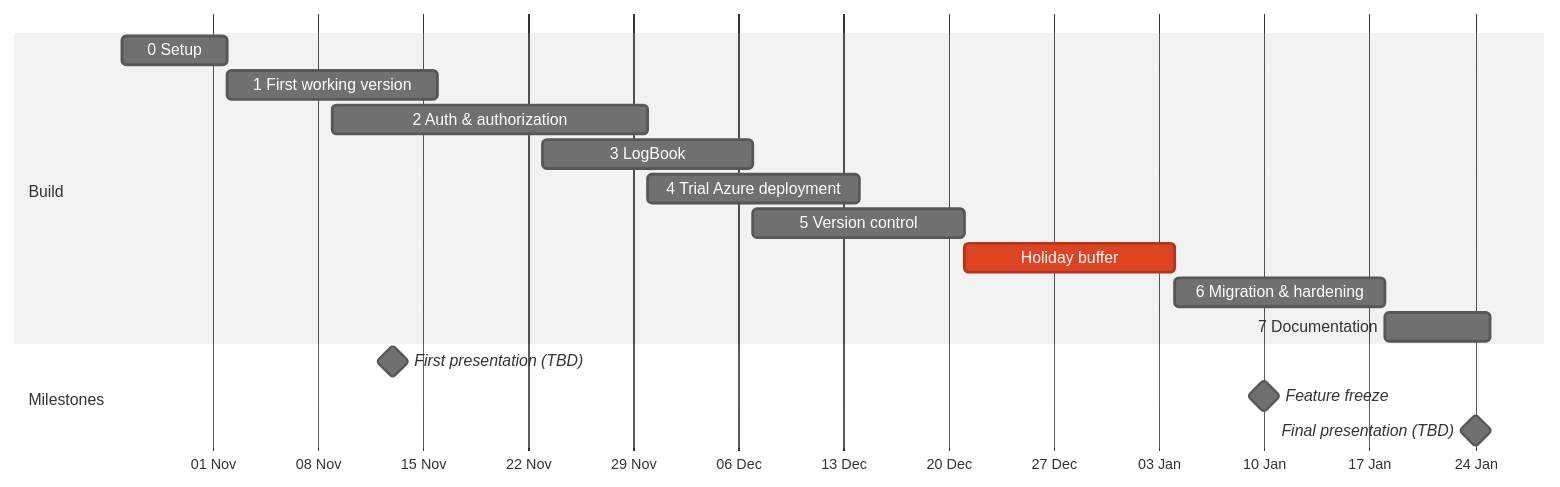
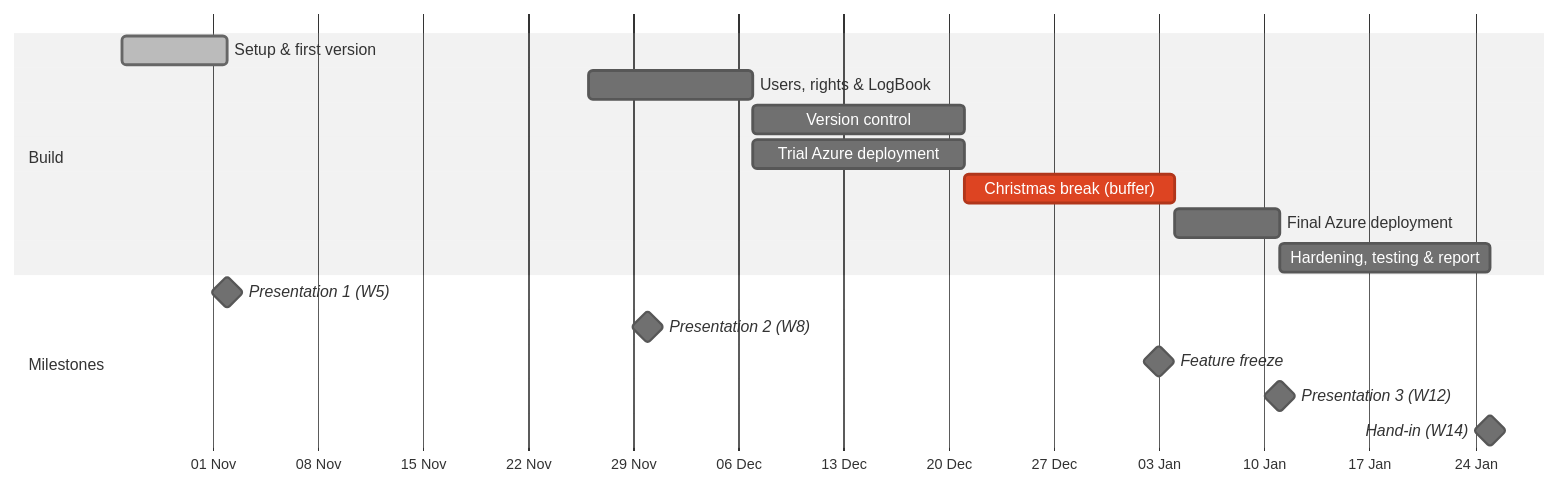
One commit to NicholasAntunes/Cloud-Computing-Systems changed the third of 3 diagrams in docs/PLAN.md. Above: the diagram before and after it, drawn with Mermaid (neutral theme). The commit also changed other lines of this file and 4 other files, not shown here.

````diff
--- a/docs/PLAN.md
+++ b/docs/PLAN.md
@@ -297,19 +308,19 @@
 ```mermaid
 gantt
   dateFormat YYYY-MM-DD
   axisFormat %d %b
   section Build
-  0 Setup                        :p0, 2026-10-26, 7d
-  1 First working version        :p1, 2026-11-02, 14d
-  2 Auth & authorization         :p2, 2026-11-09, 21d
-  3 LogBook                      :p3, 2026-11-23, 14d
-  4 Trial Azure deployment       :p4, 2026-11-30, 14d
-  5 Version control              :p5, 2026-12-07, 14d
-  Holiday buffer                 :crit, 2026-12-21, 14d
-  6 Migration & hardening        :p6, 2027-01-04, 14d
-  7 Documentation                :p7, 2027-01-18, 7d
+  Setup & first version          :done, s1, 2026-10-26, 2026-11-02
+  Users, rights & LogBook        :s2, 2026-11-26, 2026-12-07
+  Version control                :s3, 2026-12-07, 2026-12-21
+  Trial Azure deployment         :s4, 2026-12-07, 2026-12-21
+  Christmas break (buffer)       :crit, s5, 2026-12-21, 2027-01-04
+  Final Azure deployment         :s6, 2027-01-04, 2027-01-11
+  Hardening, testing & report    :s7, 2027-01-11, 2027-01-25
   section Milestones
-  First presentation (TBD)       :milestone, m1, 2026-11-13, 0d
-  Feature freeze                 :milestone, m2, 2027-01-10, 0d
-  Final presentation (TBD)       :milestone, m3, 2027-01-24, 0d
+  Presentation 1 (W5)            :milestone, m1, 2026-11-02, 0d
+  Presentation 2 (W8)            :milestone, m2, 2026-11-30, 0d
+  Feature freeze                 :milestone, m3, 2027-01-03, 0d
+  Presentation 3 (W12)           :milestone, m4, 2027-01-11, 0d
+  Hand-in (W14)                  :milestone, m5, 2027-01-25, 0d
 ```
````
